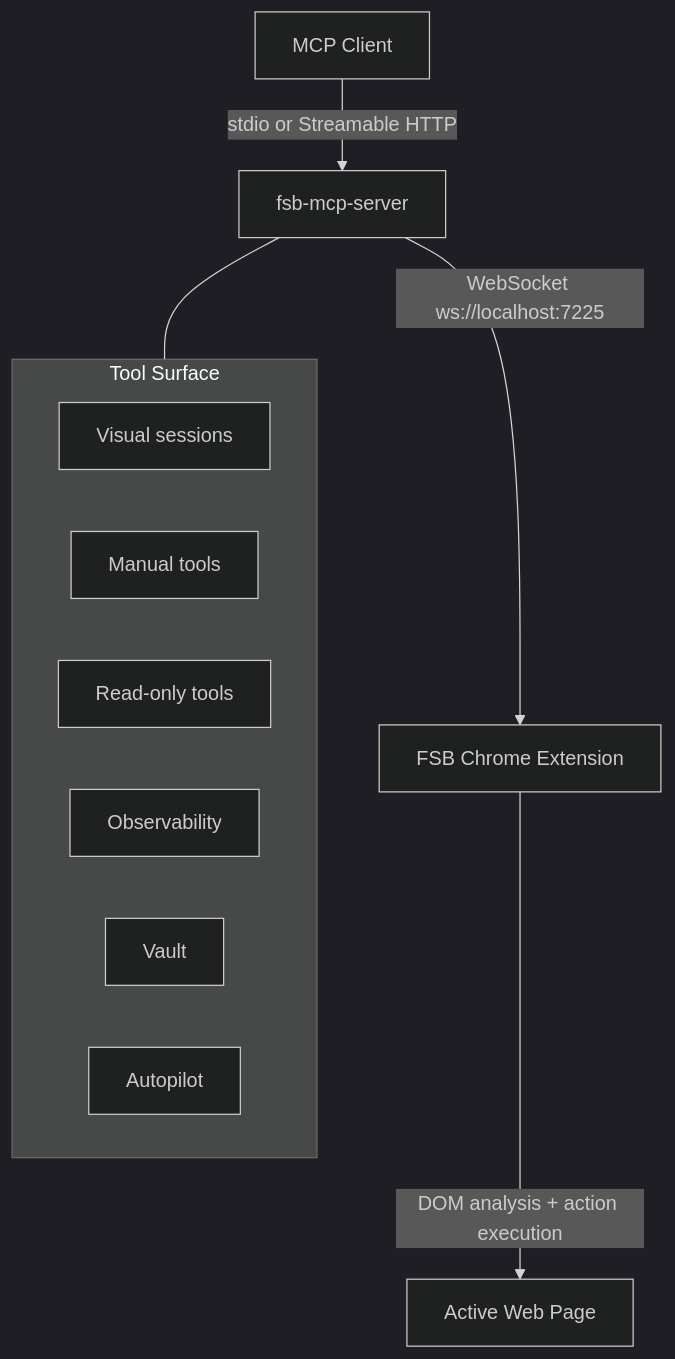
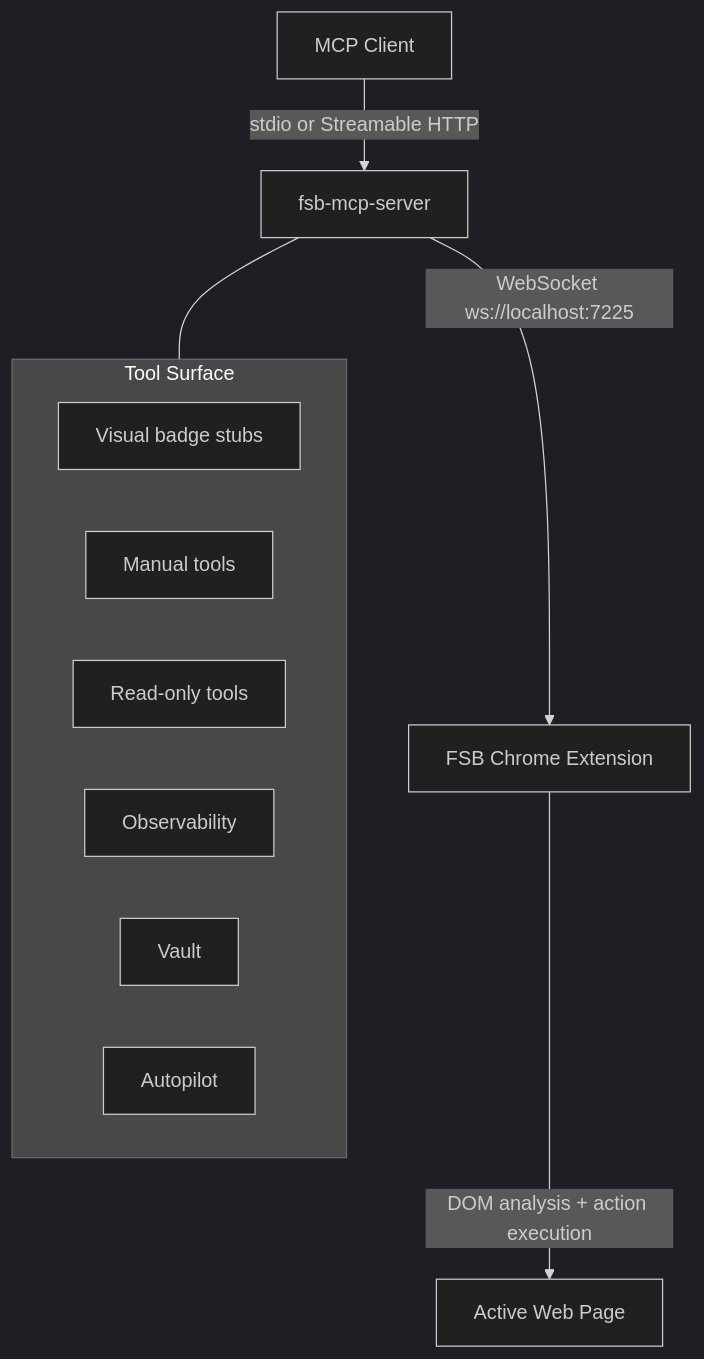
One commit to LakshmanTurlapati/FSB changed the diagram in mcp/README.md. Above: the diagram before and after it, drawn with Mermaid (dark theme). The commit also changed 3 other files, not shown here.

Commit message:
docs: add demo thumbnails and architecture updates

````diff
--- a/mcp/README.md
+++ b/mcp/README.md
@@ -450,17 +450,17 @@
 ```mermaid
 graph TD
     A["MCP Client"] -->|"stdio or Streamable HTTP"| B["fsb-mcp-server"]
     B -->|"WebSocket ws://localhost:7225"| C["FSB Chrome Extension"]
     C -->|"DOM analysis + action execution"| D["Active Web Page"]
 
     subgraph Surface["Tool Surface"]
-      V["Visual sessions"]
+      V["Visual badge stubs"]
       M["Manual tools"]
       R["Read-only tools"]
       O["Observability"]
       P["Vault"]
       T["Autopilot"]
     end
 
     B --- Surface
 ```
````
